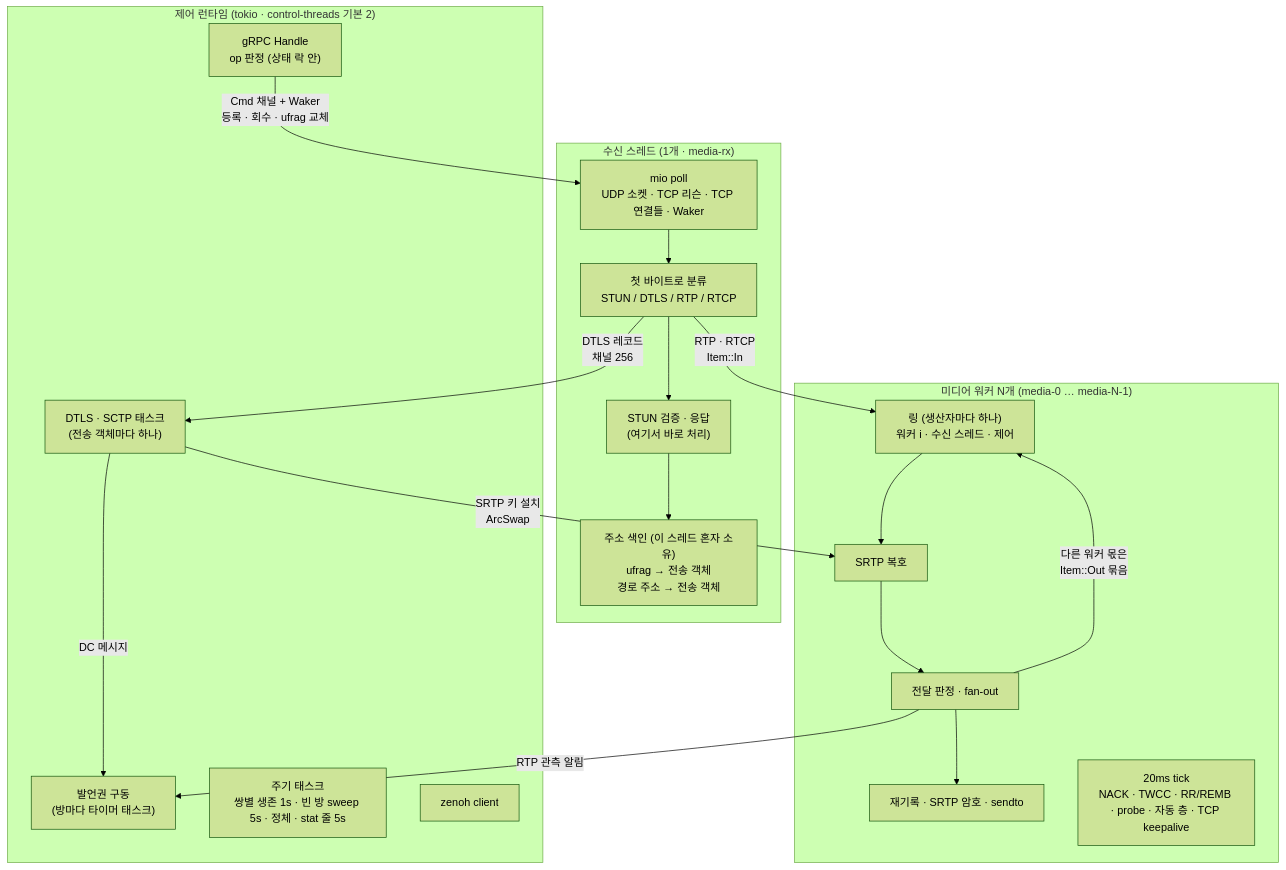
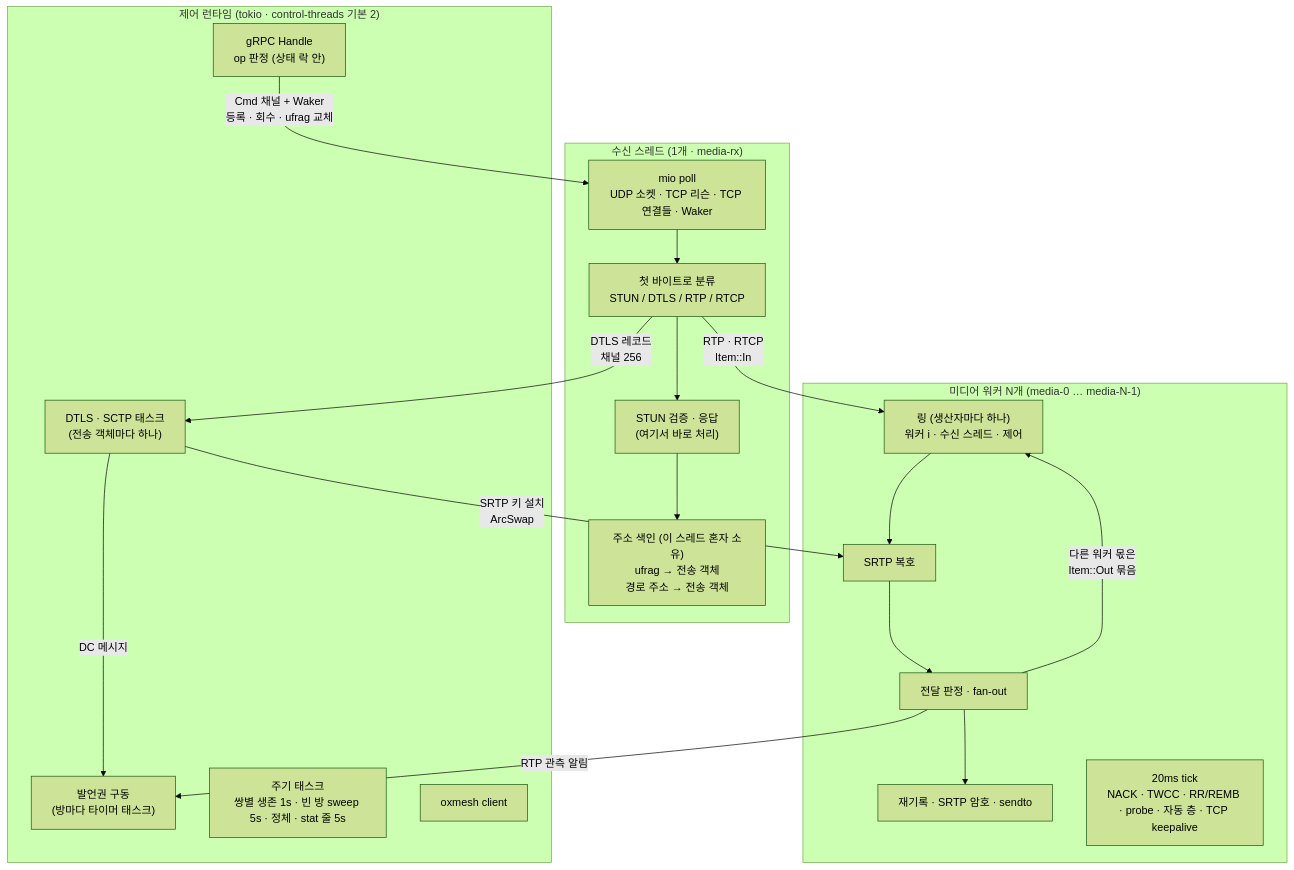
One commit to kodeholic9/oxlens-sfu changed the second of 9 diagrams in docs/architecture.md. Above: the diagram before and after it, drawn with Mermaid (forest theme). The commit also changed other lines of this file and 29 other files, not shown here.

````diff
--- a/docs/architecture.md
+++ b/docs/architecture.md
@@ -90,37 +90,37 @@
 ```mermaid
 flowchart TB
     subgraph RX["수신 스레드 (1개 · media-rx)"]
         POLL["mio poll<br/>UDP 소켓 · TCP 리슨 · TCP 연결들 · Waker"]
         DEMUX["첫 바이트로 분류<br/>STUN / DTLS / RTP / RTCP"]
         STUN["STUN 검증 · 응답<br/>(여기서 바로 처리)"]
         IDX["주소 색인 (이 스레드 혼자 소유)<br/>ufrag → 전송 객체<br/>경로 주소 → 전송 객체"]
     end
 
     subgraph WK["미디어 워커 N개 (media-0 … media-N-1)"]
         RING["링 (생산자마다 하나)<br/>워커 i · 수신 스레드 · 제어"]
         DEC["SRTP 복호"]
         FWD["전달 판정 · fan-out"]
         ENC["재기록 · SRTP 암호 · sendto"]
         TICK["20ms tick<br/>NACK · TWCC · RR/REMB · probe · 자동 층 · TCP keepalive"]
     end
 
     subgraph CT["제어 런타임 (tokio · control-threads 기본 2)"]
         G["gRPC Handle<br/>op 판정 (상태 락 안)"]
         DT["DTLS · SCTP 태스크<br/>(전송 객체마다 하나)"]
         FL["발언권 구동<br/>(방마다 타이머 태스크)"]
         TM["주기 태스크<br/>쌍별 생존 1s · 빈 방 sweep 5s · 정체 · stat 줄 5s"]
-        BUS["zenoh client"]
+        BUS["oxmesh client"]
     end
 
     POLL --> DEMUX
     DEMUX --> STUN
     STUN --> IDX
     DEMUX -->|"RTP · RTCP<br/>Item::In"| RING
     DEMUX -->|"DTLS 레코드<br/>채널 256"| DT
     RING --> DEC --> FWD --> ENC
     FWD -->|"다른 워커 몫은<br/>Item::Out 묶음"| RING
     G -->|"Cmd 채널 + Waker<br/>등록 · 회수 · ufrag 교체"| POLL
     DT -->|"SRTP 키 설치<br/>ArcSwap"| DEC
     DT -->|"DC 메시지"| FL
     FWD -->|"RTP 관측 알림"| FL
 ```
````
